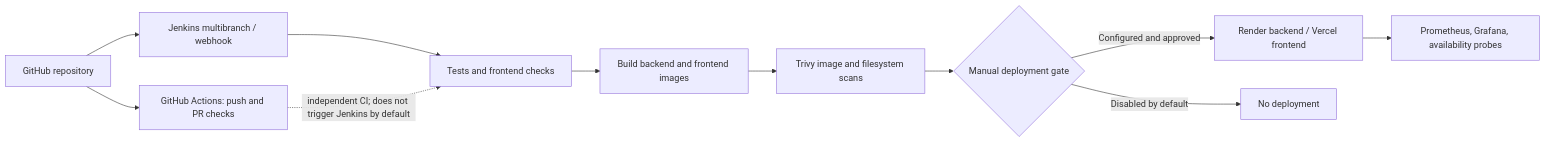
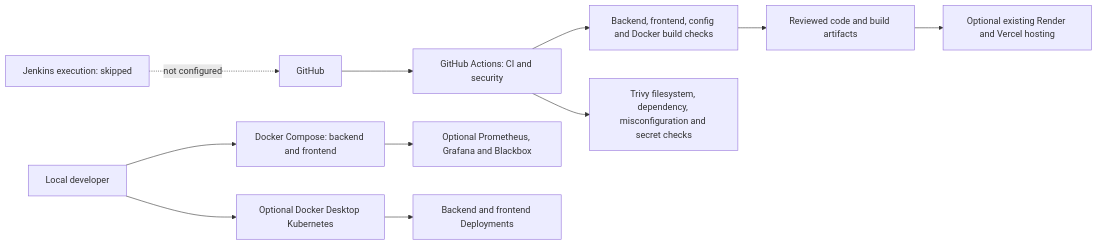
One commit to Parth4950/Autonomous-Finops-Guardian changed the diagram in DEVOPS.md. Above: the diagram before and after it, drawn with Mermaid. The commit also changed other lines of this file, not shown here.

Commit message:
docs: finalize DevOps implementation documentation

````diff
--- a/DEVOPS.md
+++ b/DEVOPS.md
@@ -7,13 +7,13 @@
 ```mermaid
 flowchart LR
-    GH[GitHub repository] --> GA[GitHub Actions: push and PR checks]
-    GH --> J[Jenkins multibranch / webhook]
-    J --> T[Tests and frontend checks]
-    T --> D[Build backend and frontend images]
-    D --> S[Trivy image and filesystem scans]
-    S --> G{Manual deployment gate}
-    G -->|Configured and approved| P[Render backend / Vercel frontend]
-    G -->|Disabled by default| Skip[No deployment]
-    P --> M[Prometheus, Grafana, availability probes]
-    GA -. independent CI; does not trigger Jenkins by default .-> T
+    GH[GitHub] --> GA[GitHub Actions: CI and security]
+    GA --> TEST[Backend, frontend, config and Docker build checks]
+    GA --> TRIVY[Trivy filesystem, dependency, misconfiguration and secret checks]
+    TEST --> REVIEW[Reviewed code and build artifacts]
+    REVIEW --> HOST[Optional existing Render and Vercel hosting]
+    DEV[Local developer] --> COMPOSE[Docker Compose: backend and frontend]
+    COMPOSE --> MON[Optional Prometheus, Grafana and Blackbox]
+    DEV --> K8S[Optional Docker Desktop Kubernetes]
+    K8S --> APP[Backend and frontend Deployments]
+    J[Jenkins execution: skipped] -. not configured .-> GH
 ```
````
